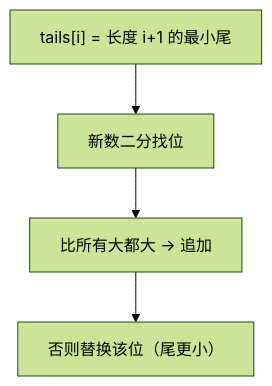
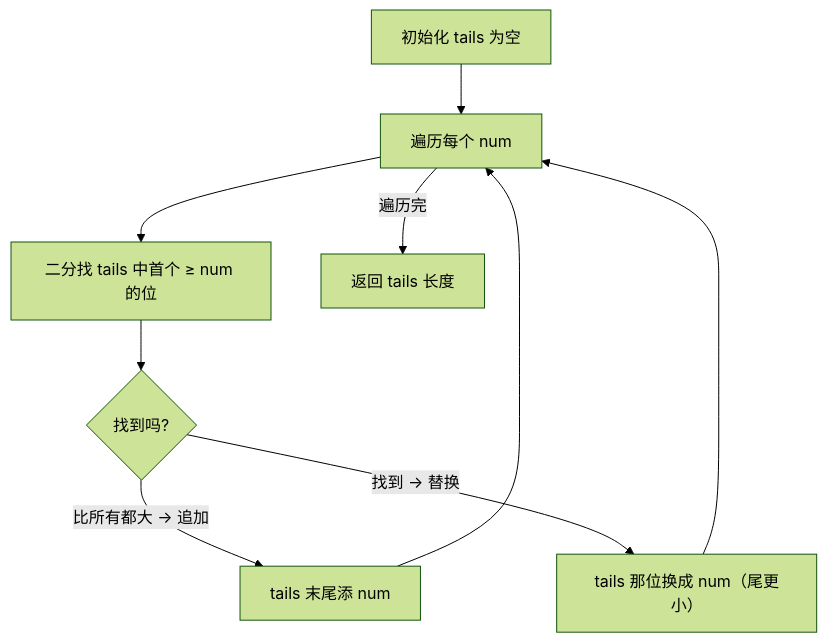
The first of 2 diagrams in 16-动态规划/0300-最长递增子序列.md (OctalZero/hot100-py), drawn with Mermaid (forest theme) before and after one commit. The commit also changed other lines of this file and 117 other files, not shown here.

First line of the commit message:
feat: 全题解配图升级为「动画式 mermaid」（总览骨架 + 横向时间线逐步推演）

````diff
--- a/16-动态规划/0300-最长递增子序列.md
+++ b/16-动态规划/0300-最长递增子序列.md
@@ -20,6 +20,11 @@
 ```mermaid
 flowchart TD
-    A["tails[i] = 长度 i+1 的最小尾"] --> B["新数二分找位"]
-    B --> C["比所有大都大 → 追加"]
-    C --> D["否则替换该位（尾更小）"]
+    A["初始化 tails 为空"] --> B["遍历每个 num"]
+    B --> C["二分找 tails 中首个 ≥ num 的位"]
+    C --> D{"找到吗?"}
+    D -->|"比所有都大 → 追加"| E["tails 末尾添 num"]
+    D -->|"找到 → 替换"| F["tails 那位换成 num（尾更小）"]
+    E --> B
+    F --> B
+    B -->|"遍历完"| G["返回 tails 长度"]
 ```
````
